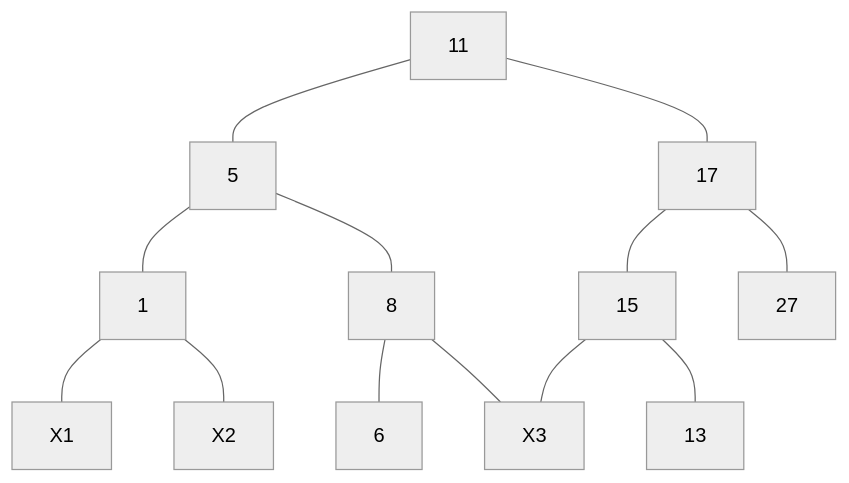
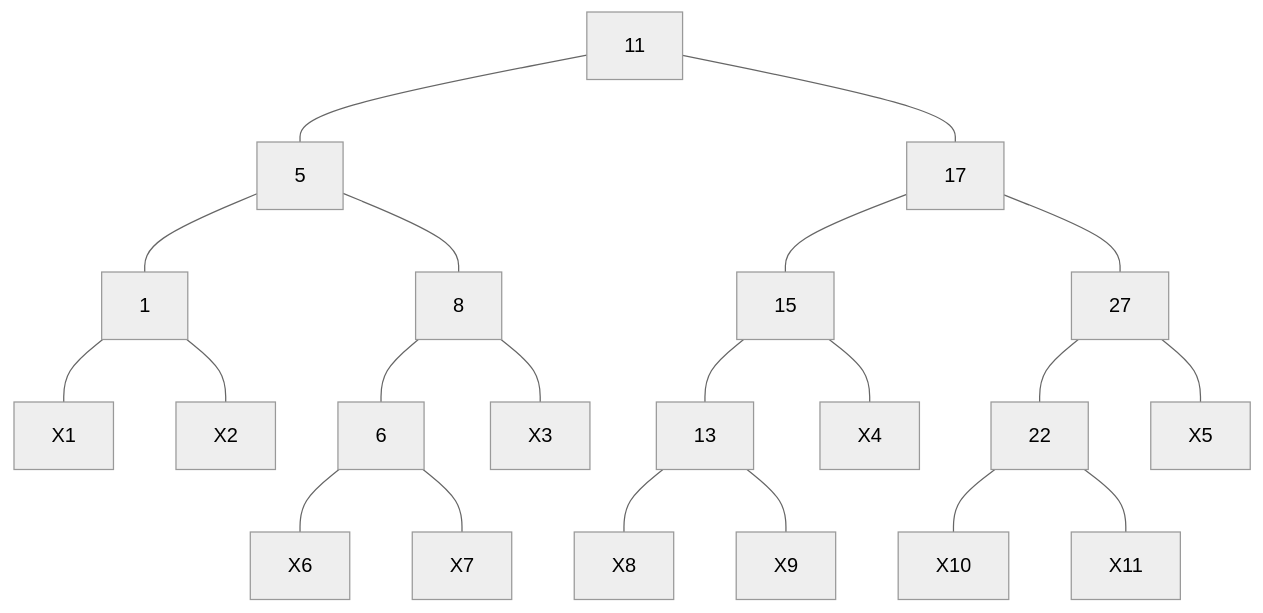
Diagram 13 of 14 in 2. Letnik/Podatkovne strukture in algoritmi/vaje.17-11-2021.md (Tiggax/Zapiski), drawn with Mermaid (neutral theme) before and after one commit. The commit also changed other lines of this file, not shown here.

````diff
--- a/2. Letnik/Podatkovne strukture in algoritmi/vaje.17-11-2021.md
+++ b/2. Letnik/Podatkovne strukture in algoritmi/vaje.17-11-2021.md
@@ -134,17 +134,25 @@
 ```mermaid
 graph TD
 A[11]
 A---B[5]
 A---B1[17]
 B---C[1]
 B---C1[8]
 B1---C2[15]
 B1---C3[27]
 C---X1
 C---X2
 C1---D[6]
 C1---X3
 C2---D1[13]
-C2---X3
+C2---X4
+C3---D2[22]
+C3---X5
+D---X6
+D---X7
+D1---X8
+D1---X9
+D2---X10
+D2---X11
 classDef red fill:#f34
 ```
````
